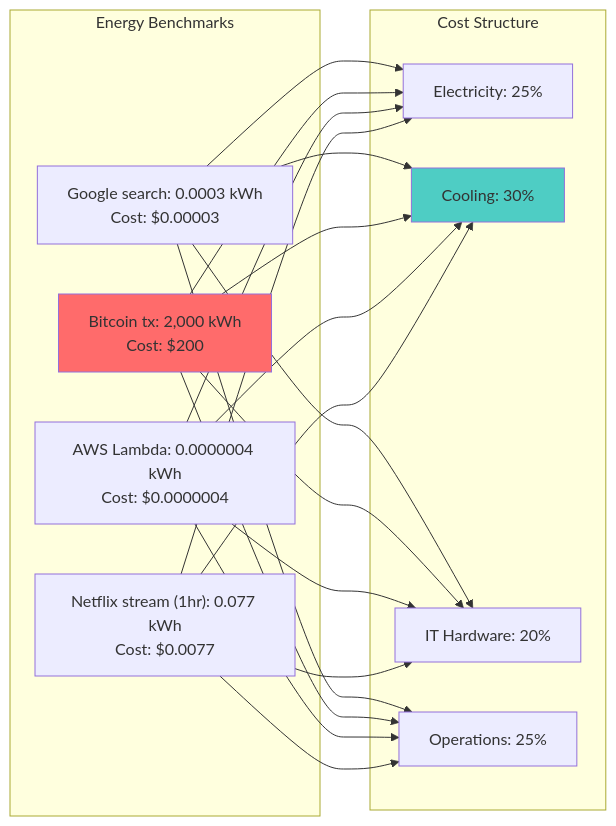
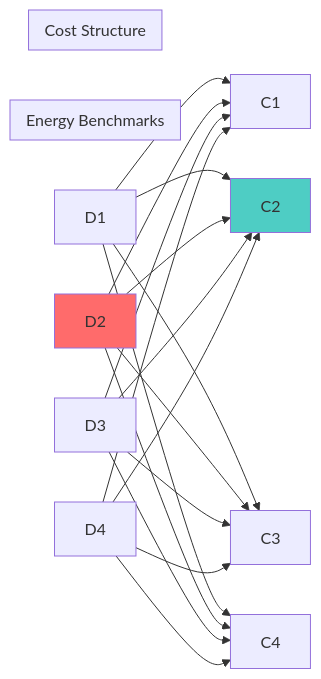
Before and after one commit to deepaucksharma/DStudio: the eighth of 11 diagrams in docs/core-principles/laws/economic-reality.md, drawn with Mermaid. The commit also changed other lines of this file and 9 other files, not shown here.

First line of the commit message:
feat: enhance 7 fundamental laws with Apex Learner's Protocol and fix Mermaid diagrams

````diff
--- a/docs/core-principles/laws/economic-reality.md
+++ b/docs/core-principles/laws/economic-reality.md
@@ -730,21 +597,10 @@
 ```mermaid
 graph LR
-    subgraph "Energy Benchmarks"
-        D1["Google search: 0.0003 kWh<br/>Cost: $0.00003"]
-        D2["Bitcoin tx: 2,000 kWh<br/>Cost: $200"]
-        D3["AWS Lambda: 0.0000004 kWh<br/>Cost: $0.0000004"]
-        D4["Netflix stream (1hr): 0.077 kWh<br/>Cost: $0.0077"]
-    end
-    
-    subgraph "Cost Structure"
-        C1["Electricity: 25%"]
-        C2["Cooling: 30%"]
-        C3["IT Hardware: 20%"]
-        C4["Operations: 25%"]
-    end
-    
-    D1 & D2 & D3 & D4 --> C1 & C2 & C3 & C4
-    
-    style D2 fill:#ff6b6b
-    style C2 fill:#4ecdc4
+ subgraph "Energy Benchmarks"
+ end
+ subgraph "Cost Structure"
+ end
+ D1 & D2 & D3 & D4 --> C1 & C2 & C3 & C4
+ style D2 fill:#ff6b6b
+ style C2 fill:#4ecdc4
 ```
````
